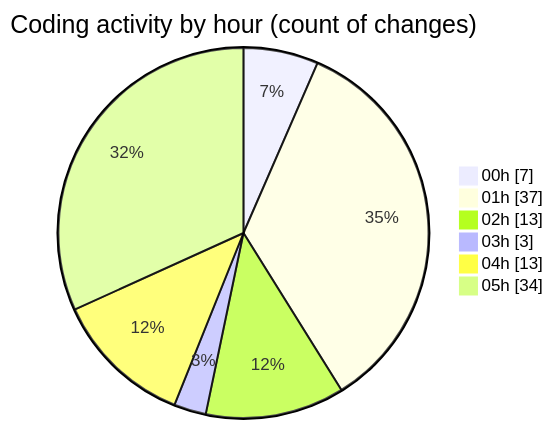
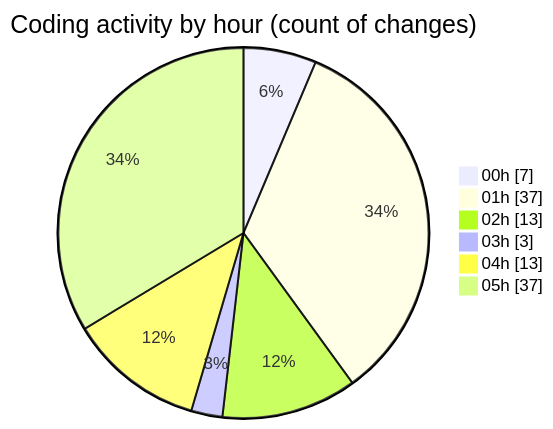
One commit to charlie-sans/code-tracking changed the second of 2 diagrams in 2025-02-23/micros/README.md. Above: the diagram before and after it, drawn with Mermaid. The commit also changed other lines of this file and 1 other file, not shown here.

````diff
--- a/2025-02-23/micros/README.md
+++ b/2025-02-23/micros/README.md
@@ -60,10 +60,10 @@
 ```mermaid
 pie showData
 title Coding activity by hour (count of changes)
 "00h" : 7
 "01h" : 37
 "02h" : 13
 "03h" : 3
 "04h" : 13
-"05h" : 34
+"05h" : 37
 ```
````
